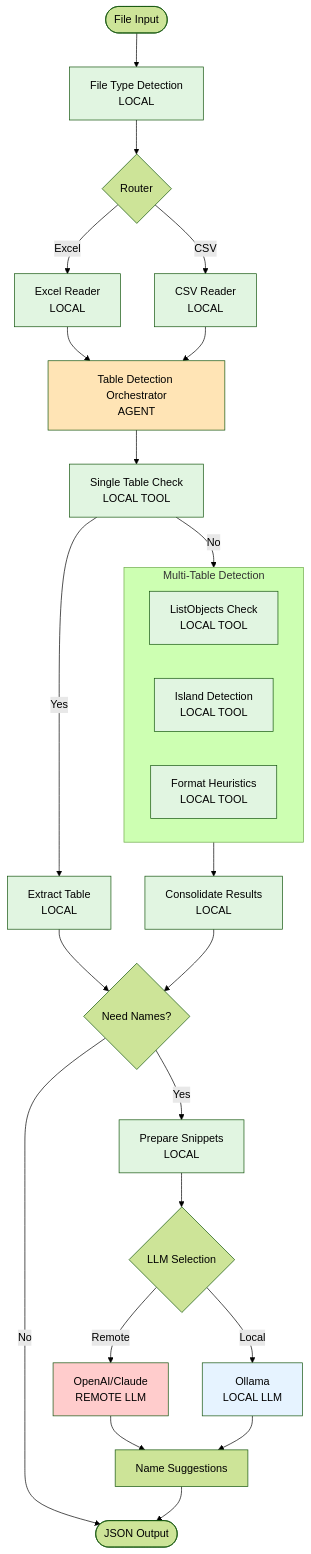
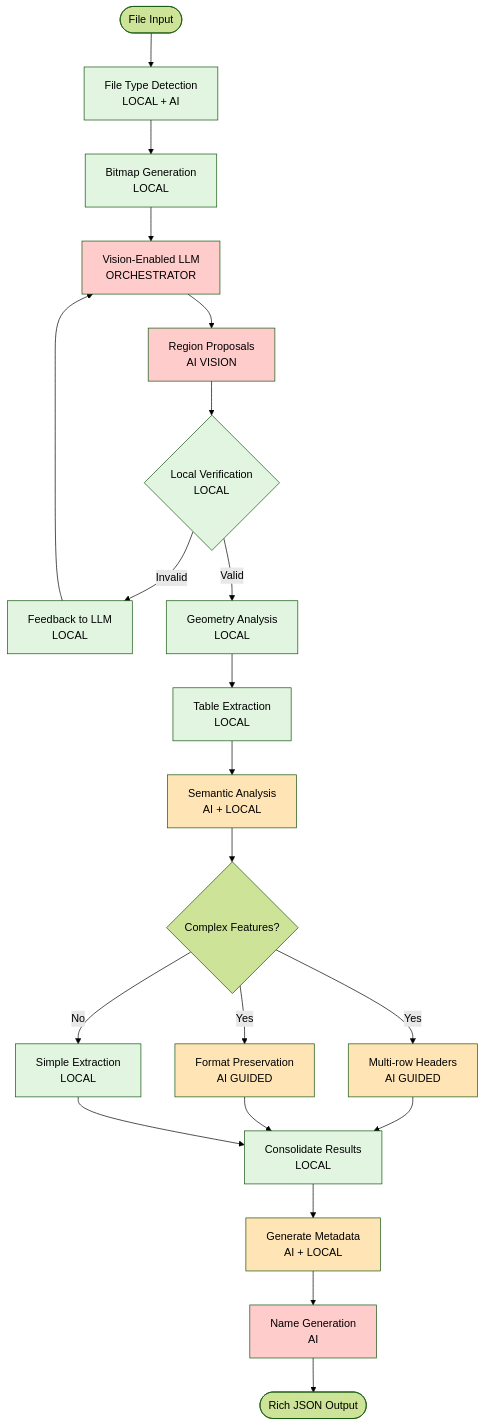
The diagram in docs/AGENT_ARCHITECTURE.md (Ganymede-Bio/gridgulp), drawn with Mermaid (forest theme) before and after one commit. The commit also changed other lines of this file and 2 other files, not shown here.

First line of the commit message:
docs: Transform architecture to vision-enabled LLM orchestration

````diff
--- a/docs/AGENT_ARCHITECTURE.md
+++ b/docs/AGENT_ARCHITECTURE.md
@@ -17,50 +17,50 @@
 ```mermaid
 graph TD
-    Start([File Input]) --> FileTypeDetect[File Type Detection<br/>LOCAL]
-    FileTypeDetect --> Router{Router}
-    
-    Router -->|Excel| ExcelReader[Excel Reader<br/>LOCAL]
-    Router -->|CSV| CSVReader[CSV Reader<br/>LOCAL]
-    
-    ExcelReader --> Orchestrator[Table Detection Orchestrator<br/>AGENT]
-    CSVReader --> Orchestrator
-    
-    Orchestrator --> SingleCheck[Single Table Check<br/>LOCAL TOOL]
-    SingleCheck -->|Yes| ExtractSingle[Extract Table<br/>LOCAL]
-    SingleCheck -->|No| MultiDetect
-    
-    subgraph MultiDetect[Multi-Table Detection]
-        ListObjects[ListObjects Check<br/>LOCAL TOOL]
-        IslandDetect[Island Detection<br/>LOCAL TOOL]
-        Heuristics[Format Heuristics<br/>LOCAL TOOL]
-    end
-    
-    MultiDetect --> Consolidate[Consolidate Results<br/>LOCAL]
-    ExtractSingle --> NamingDecision{Need Names?}
-    Consolidate --> NamingDecision
-    
-    NamingDecision -->|Yes| PrepareSnippets[Prepare Snippets<br/>LOCAL]
-    NamingDecision -->|No| Output
-    
-    PrepareSnippets --> LLMChoice{LLM Selection}
-    LLMChoice -->|Remote| RemoteLLM[OpenAI/Claude<br/>REMOTE LLM]
-    LLMChoice -->|Local| LocalLLM[Ollama<br/>LOCAL LLM]
-    
-    RemoteLLM --> NameSuggestions[Name Suggestions]
-    LocalLLM --> NameSuggestions
-    NameSuggestions --> Output([JSON Output])
-    
+    Start([File Input]) --> FileTypeDetect[File Type Detection<br/>LOCAL + AI]
+    FileTypeDetect --> BitmapGen[Bitmap Generation<br/>LOCAL]
+
+    BitmapGen --> VisionLLM[Vision-Enabled LLM<br/>ORCHESTRATOR]
+
+    VisionLLM --> RegionProposal[Region Proposals<br/>AI VISION]
+    RegionProposal --> LocalVerify{Local Verification<br/>LOCAL}
+
+    LocalVerify -->|Invalid| Feedback[Feedback to LLM<br/>LOCAL]
+    Feedback --> VisionLLM
+
+    LocalVerify -->|Valid| GeometryCheck[Geometry Analysis<br/>LOCAL]
+
+    GeometryCheck --> TableExtract[Table Extraction<br/>LOCAL]
+
+    TableExtract --> SemanticAnalysis[Semantic Analysis<br/>AI + LOCAL]
+
+    SemanticAnalysis --> ComplexFeatures{Complex Features?}
+    ComplexFeatures -->|Yes| HeaderAnalysis[Multi-row Headers<br/>AI GUIDED]
+    ComplexFeatures -->|Yes| FormatAnalysis[Format Preservation<br/>AI GUIDED]
+    ComplexFeatures -->|No| SimpleExtract[Simple Extraction<br/>LOCAL]
+
+    HeaderAnalysis --> Consolidate[Consolidate Results<br/>LOCAL]
+    FormatAnalysis --> Consolidate
+    SimpleExtract --> Consolidate
+
+    Consolidate --> MetadataGen[Generate Metadata<br/>AI + LOCAL]
+
+    MetadataGen --> NameGen[Name Generation<br/>AI]
+
+    NameGen --> Output([Rich JSON Output])
+
+    style BitmapGen fill:#e1f5e1
     style FileTypeDetect fill:#e1f5e1
-    style ExcelReader fill:#e1f5e1
-    style CSVReader fill:#e1f5e1
-    style SingleCheck fill:#e1f5e1
-    style ListObjects fill:#e1f5e1
-    style IslandDetect fill:#e1f5e1
-    style Heuristics fill:#e1f5e1
-    style ExtractSingle fill:#e1f5e1
+    style LocalVerify fill:#e1f5e1
+    style GeometryCheck fill:#e1f5e1
+    style TableExtract fill:#e1f5e1
+    style SimpleExtract fill:#e1f5e1
     style Consolidate fill:#e1f5e1
-    style PrepareSnippets fill:#e1f5e1
-    style Orchestrator fill:#ffe4b5
-    style RemoteLLM fill:#ffcccc
-    style LocalLLM fill:#e6f3ff
+    style Feedback fill:#e1f5e1
+    style VisionLLM fill:#ffcccc
+    style RegionProposal fill:#ffcccc
+    style SemanticAnalysis fill:#ffe4b5
+    style HeaderAnalysis fill:#ffe4b5
+    style FormatAnalysis fill:#ffe4b5
+    style MetadataGen fill:#ffe4b5
+    style NameGen fill:#ffcccc
 ```
````
